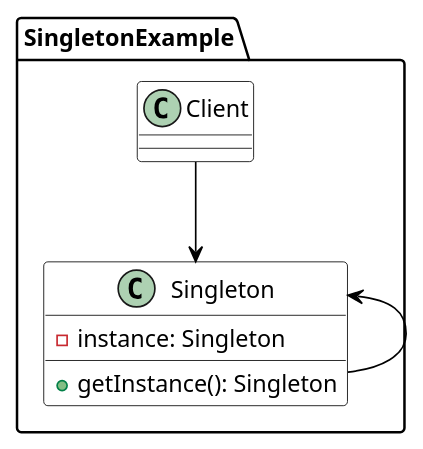
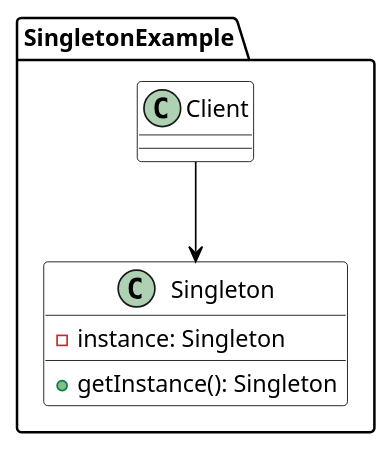
Before and after one commit to rovany706/design-patterns: the diagram in AbstractFactoryAndSingleton/docs/img/Singleton_CD.puml, drawn with PlantUML. The commit also changed 3 other files, not shown here.

```diff
--- a/AbstractFactoryAndSingleton/docs/img/Singleton_CD.puml
+++ b/AbstractFactoryAndSingleton/docs/img/Singleton_CD.puml
@@ -1,21 +1,20 @@
 @startuml
 package "SingletonExample" {
     skinparam class {
 	BackgroundColor White
 	ArrowColor Black
 	BorderColor Black
     }
 
     class Client {
 
     }
 
     class Singleton {
         -instance: Singleton
         +getInstance(): Singleton
     }
 
     Client --> Singleton
-    Singleton -up-> Singleton
 } 
 @enduml
```
